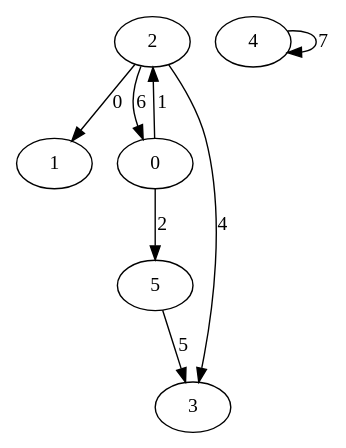
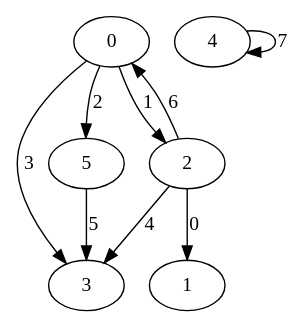
One commit to lebionick/GraphEdit changed the diagram in GraphesLabWork1/output.gv. Above: the diagram before and after it, drawn with Graphviz. The commit also changed 38 other files, not shown here.

Commit message:
Better graph logics added + modified heap

```diff
--- a/GraphesLabWork1/output.gv
+++ b/GraphesLabWork1/output.gv
@@ -1,9 +1,10 @@
 digraph{
+0 -> 3[label="3"];
+0 -> 5[label="2"];
+0 -> 2[label="1"];
+2 -> 0[label="6"];
+2 -> 3[label="4"];
 2 -> 1[label="0"];
-0 -> 2[label="1"];
-0 -> 5[label="2"];
-2 -> 3[label="4"];
+4 -> 4[label="7"];
 5 -> 3[label="5"];
-2 -> 0[label="6"];
-4 -> 4[label="7"];
 }
```
